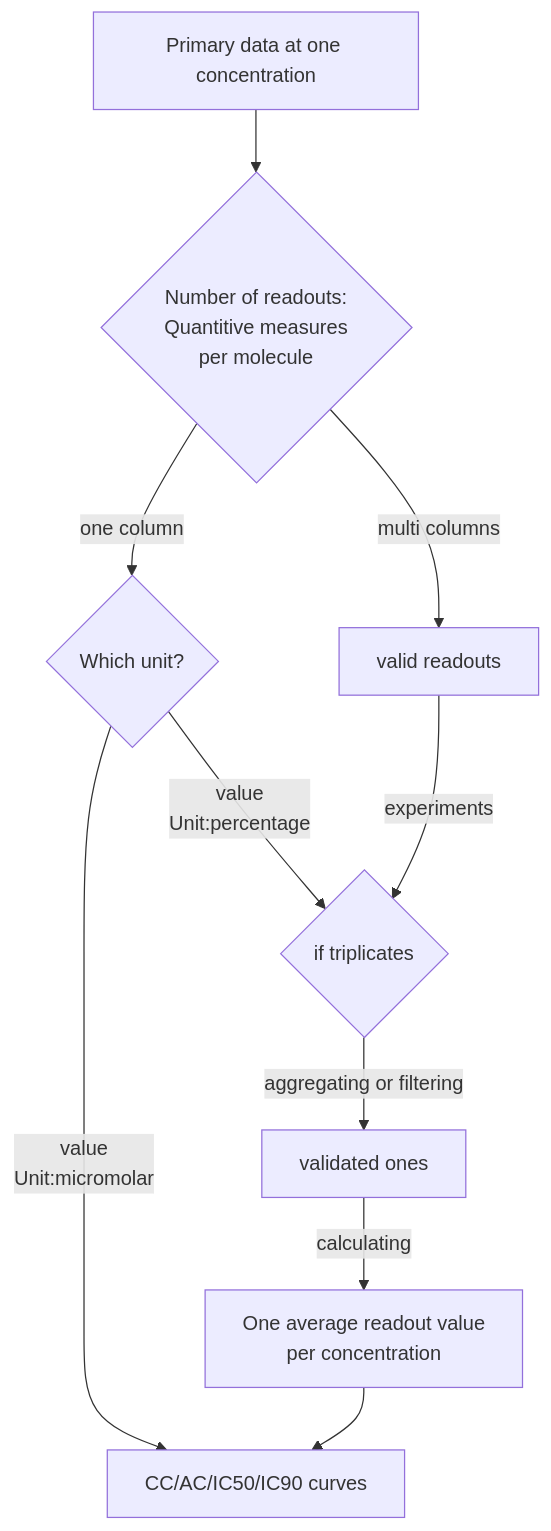
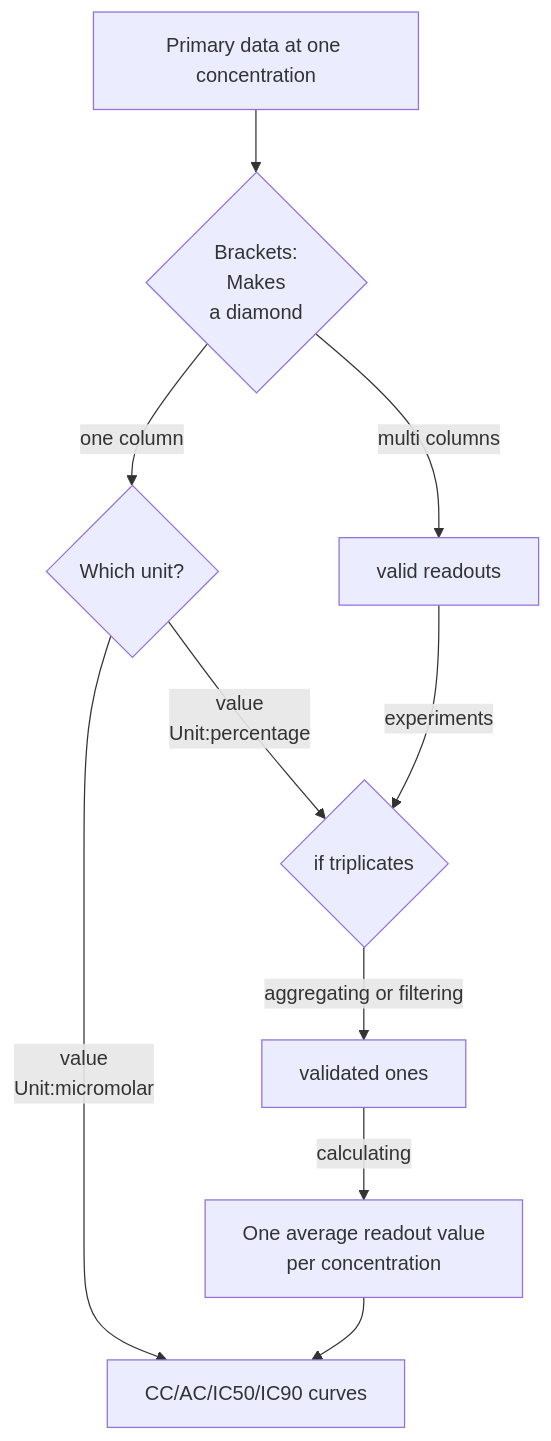
Before and after one commit to ronaldcornet/genealogy-cornet: the diagram in test.mmd, drawn with Mermaid.

```diff
--- a/test.mmd
+++ b/test.mmd
@@ -1,11 +1,11 @@
 graph TD
 
-    A[Primary data at one concentration]-->B{Number of readouts: <br>Quantitive measures<br> per molecule}
+    A[Primary data at one concentration]-->B{Brackets: <br>Makes<br> a diamond}
     B-->|one column|V{Which unit?}
     V-->|value <br> Unit:percentage|D
     V-->|value <br> Unit:micromolar|F
     B-->|multi columns|C[valid readouts]
     C-->|experiments|D{if triplicates}
     D-->|aggregating or filtering|E[validated ones]
     E--> |calculating|G[One average readout value <br> per concentration]
     G-->F[CC/AC/IC50/IC90 curves]
```
